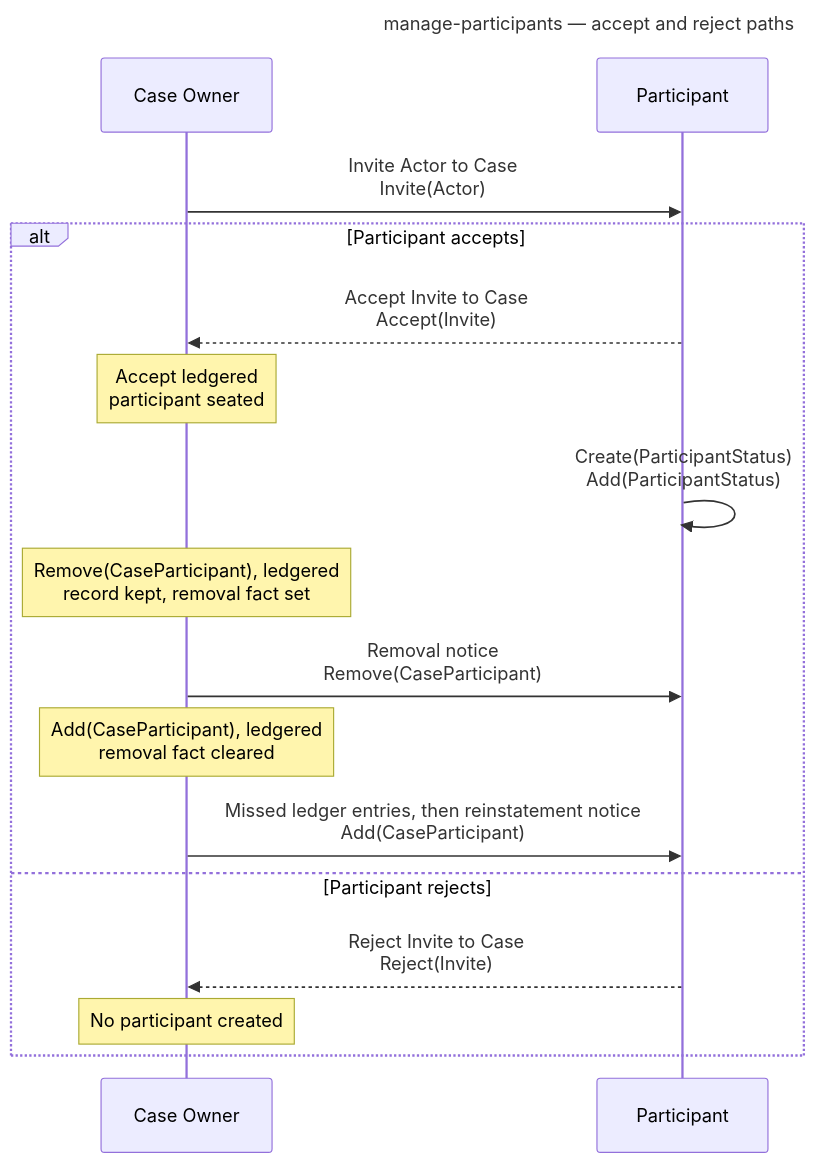
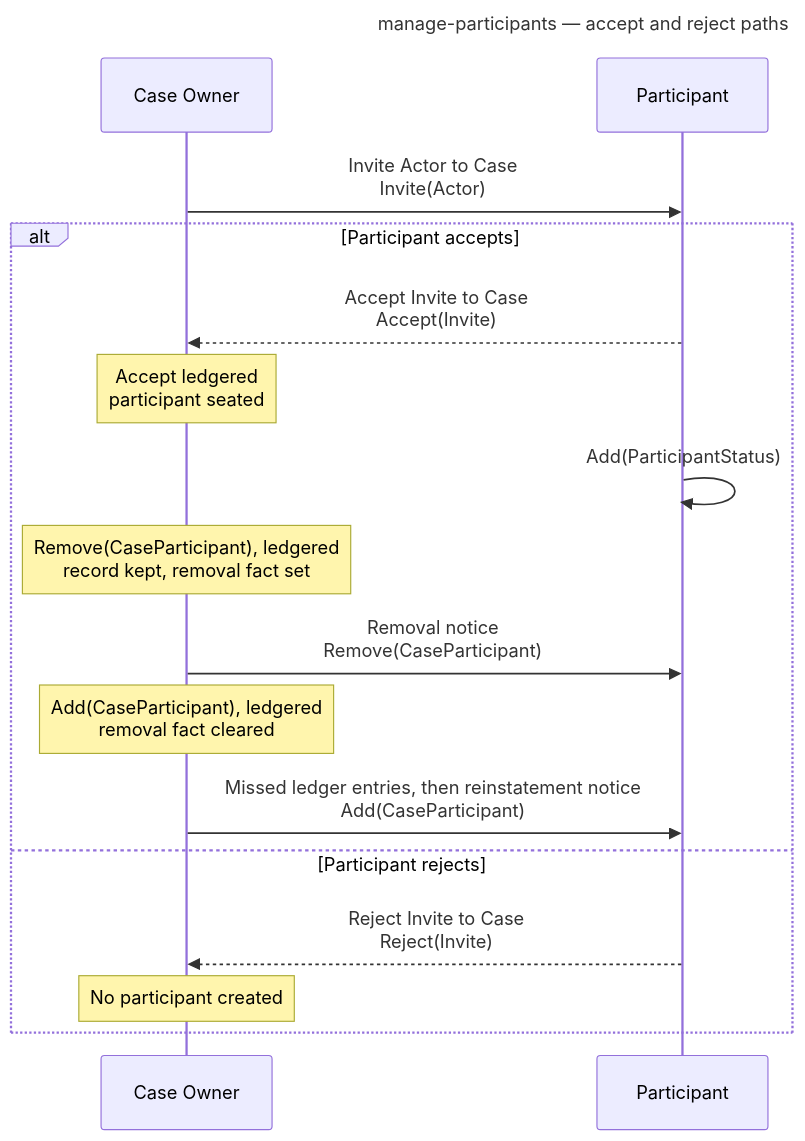
One commit to CERTCC/Vultron changed the third of 9 diagrams in docs/tutorials/other_demos.md. Above: the diagram before and after it, drawn with Mermaid. The commit also changed 89 other files, not shown here.

````diff
--- a/docs/tutorials/other_demos.md
+++ b/docs/tutorials/other_demos.md
@@ -159,22 +159,22 @@
 ```mermaid
 ---
 title: manage-participants — accept and reject paths
 ---
 sequenceDiagram
     participant O as Case Owner
     participant P as Participant
 
     O->>P: Invite Actor to Case<br/>Invite(Actor)
     alt Participant accepts
         P-->>O: Accept Invite to Case<br/>Accept(Invite)
         Note over O: Accept ledgered<br/>participant seated
-        P->>P: Create(ParticipantStatus)<br/>Add(ParticipantStatus)
+        P->>P: Add(ParticipantStatus)
         Note over O: Remove(CaseParticipant), ledgered<br/>record kept, removal fact set
         O->>P: Removal notice<br/>Remove(CaseParticipant)
         Note over O: Add(CaseParticipant), ledgered<br/>removal fact cleared
         O->>P: Missed ledger entries, then reinstatement notice<br/>Add(CaseParticipant)
     else Participant rejects
         P-->>O: Reject Invite to Case<br/>Reject(Invite)
         Note over O: No participant created
     end
 ```
````
